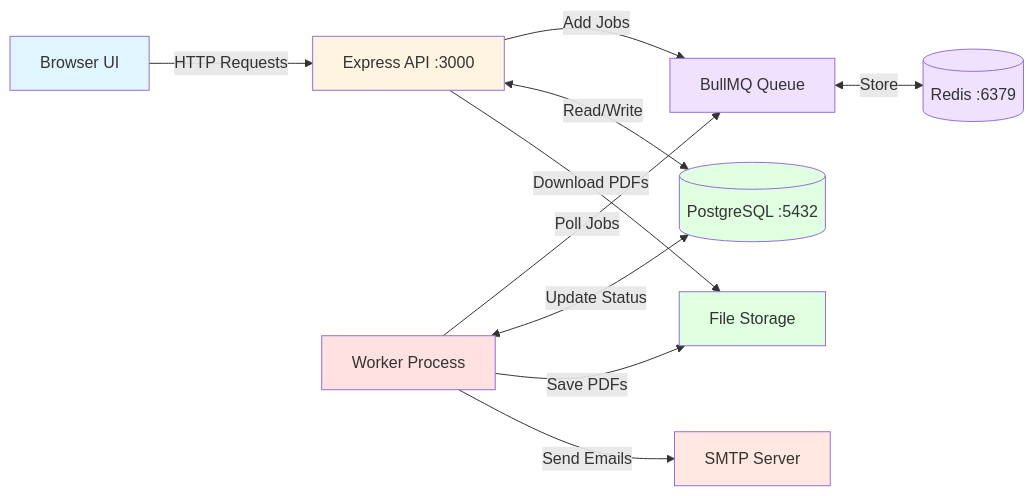
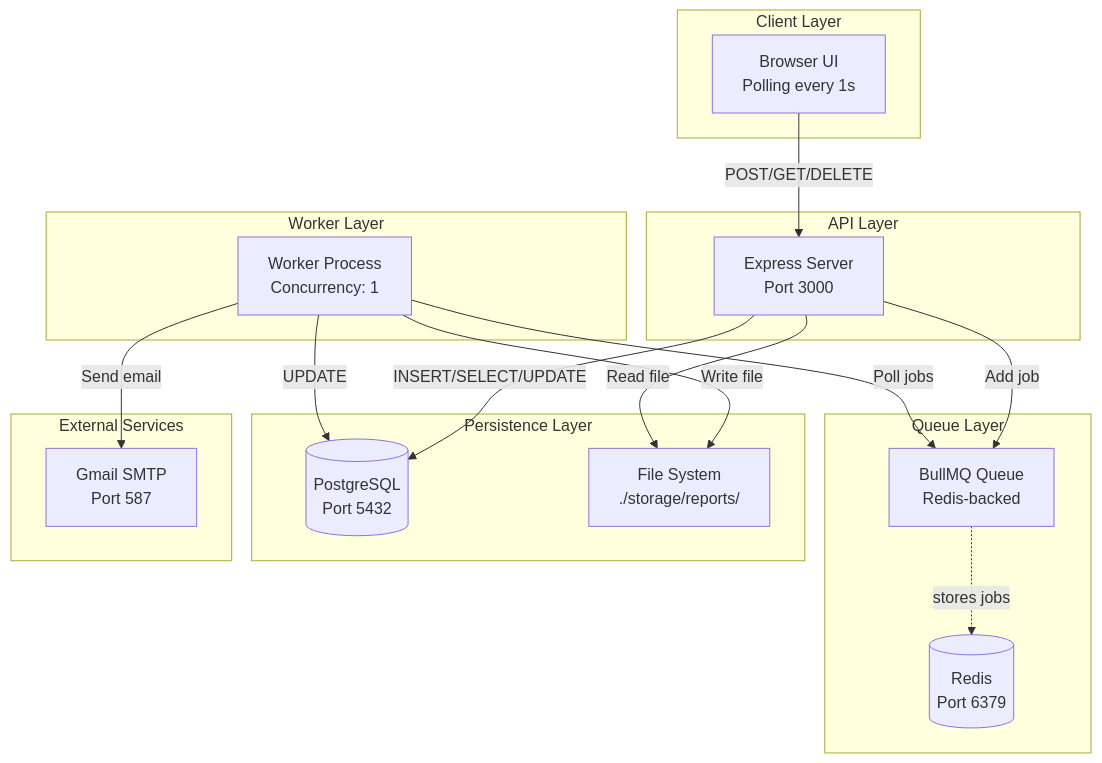
The second of 4 diagrams in README.md (berTrindade/bullmq-report-generator), drawn with Mermaid before and after one commit.

Commit message:
docs: remove color styling from architecture diagram

````diff
--- a/README.md
+++ b/README.md
@@ -108,30 +108,38 @@
 ```mermaid
-flowchart LR
-    UI[Browser UI]
-    API[Express API :3000]
-    Queue[BullMQ Queue]
-    Redis[(Redis :6379)]
-    Worker[Worker Process]
-    DB[(PostgreSQL :5432)]
-    FS[File Storage]
-    SMTP[SMTP Server]
+graph TB
+    subgraph Client["Client Layer"]
+        UI[Browser UI<br/>Polling every 1s]
+    end
     
-    UI -->|HTTP Requests| API
-    API -->|Add Jobs| Queue
-    Queue <-->|Store| Redis
-    Worker -->|Poll Jobs| Queue
-    API <-->|Read/Write| DB
-    Worker <-->|Update Status| DB
-    Worker -->|Save PDFs| FS
-    API -->|Download PDFs| FS
-    Worker -->|Send Emails| SMTP
+    subgraph API["API Layer"]
+        Express[Express Server<br/>Port 3000]
+    end
     
-    style UI fill:#e1f5ff
-    style API fill:#fff4e1
-    style Queue fill:#f0e1ff
-    style Redis fill:#f0e1ff
-    style Worker fill:#ffe1e1
-    style DB fill:#e1ffe1
-    style FS fill:#e1ffe1
-    style SMTP fill:#ffe8e1
+    subgraph Queue["Queue Layer"]
+        BullMQ[BullMQ Queue<br/>Redis-backed]
+        Redis[(Redis<br/>Port 6379)]
+    end
+    
+    subgraph Worker["Worker Layer"]
+        WorkerProc[Worker Process<br/>Concurrency: 1]
+    end
+    
+    subgraph Data["Persistence Layer"]
+        DB[(PostgreSQL<br/>Port 5432)]
+        FS[File System<br/>./storage/reports/]
+    end
+    
+    subgraph External["External Services"]
+        SMTP[Gmail SMTP<br/>Port 587]
+    end
+    
+    UI -->|POST/GET/DELETE| Express
+    Express -->|INSERT/SELECT/UPDATE| DB
+    Express -->|Add job| BullMQ
+    BullMQ -.->|stores jobs| Redis
+    WorkerProc -->|Poll jobs| BullMQ
+    WorkerProc -->|UPDATE| DB
+    WorkerProc -->|Write file| FS
+    WorkerProc -->|Send email| SMTP
+    Express -->|Read file| FS
 ```
````
